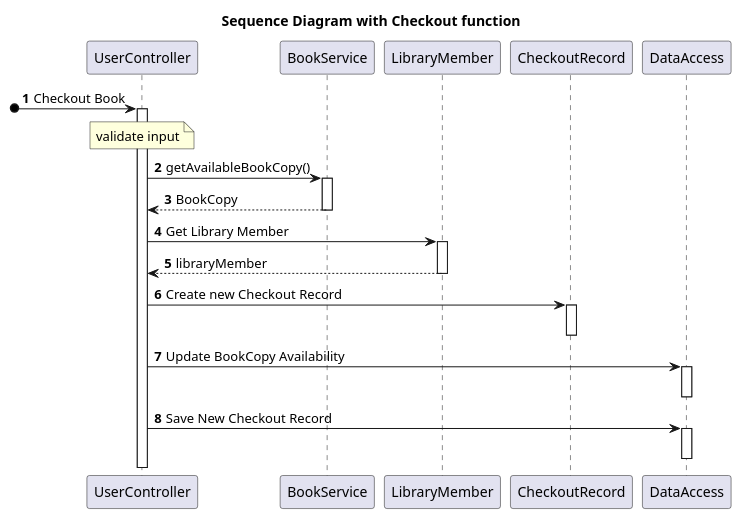
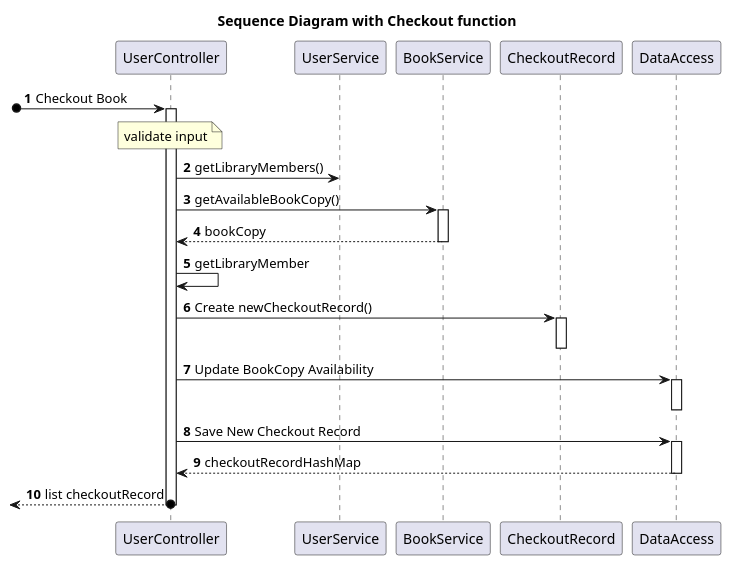
One commit to anhvu2889/miu-cs401-mpp changed the diagram in mpp-cs401/src/midterm/diagram/checkout.puml. Above: the diagram before and after it, drawn with PlantUML. The commit also changed 4 other files, not shown here.

Commit message:
update diagram

```diff
--- a/mpp-cs401/src/midterm/diagram/checkout.puml
+++ b/mpp-cs401/src/midterm/diagram/checkout.puml
@@ -1,32 +1,33 @@
 @startuml
 
 title Sequence Diagram with Checkout function
 
 autonumber
 
 participant "UserController" as uc
+participant "UserService" as us
 participant "BookService" as bs
-participant "LibraryMember" as lm
 participant "CheckoutRecord" as cr
 participant "DataAccess" as da
 
 [o-> uc++: Checkout Book
 
 note over uc: validate input
+uc -> us: getLibraryMembers()
+uc -> bs++: getAvailableBookCopy()
+return bookCopy
 
-uc -> bs++: getAvailableBookCopy()
-return BookCopy
+uc -> uc: getLibraryMember
 
-uc -> lm++: Get Library Member
-return libraryMember
-
-uc -> cr++: Create new Checkout Record
-deactivate
+uc -> cr++: Create newCheckoutRecord()
+deactivate cr
 
 uc -> da++: Update BookCopy Availability
-deactivate
+deactivate da
 
 uc -> da++: Save New Checkout Record
-deactivate
+return checkoutRecordHashMap
+
+return list checkoutRecord
 
 @enduml
```
